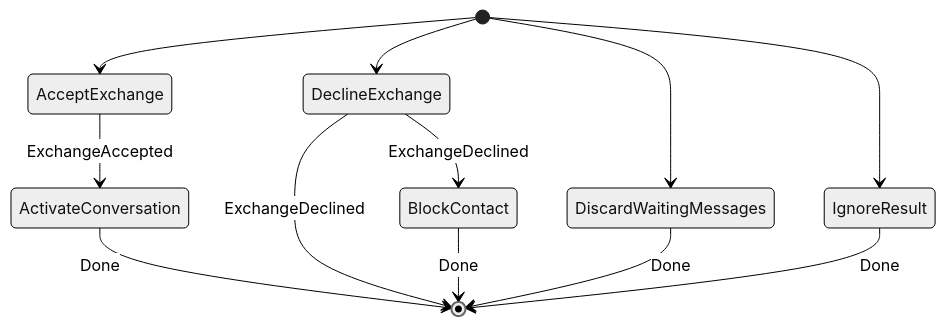
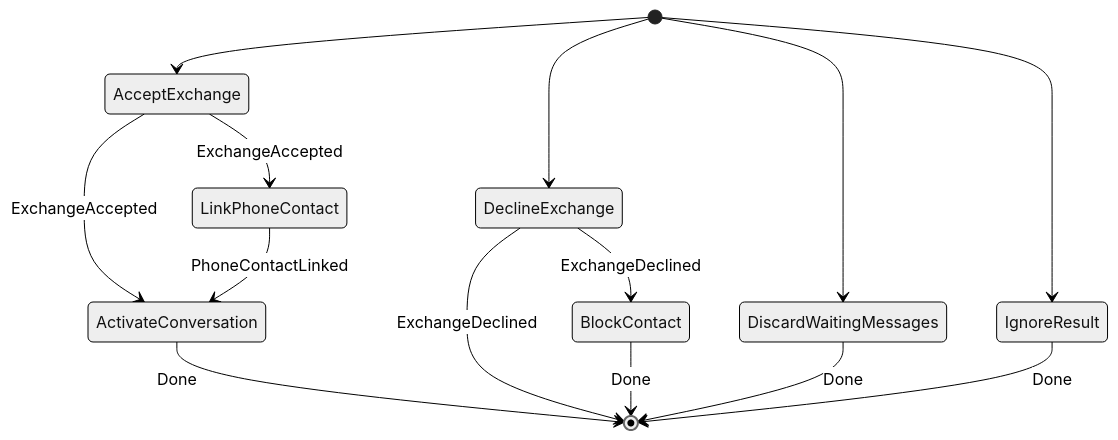
Diagram 12 of 14 in docs/architecture/workflows/lifecycle.md (cbgm/Sparrow), drawn with Mermaid (neutral theme) before and after one commit. The commit also changed other lines of this file and 52 other files, not shown here.

Commit message:
Fix never filing an invite under a contact by its claimed phone number

````diff
--- a/docs/architecture/workflows/lifecycle.md
+++ b/docs/architecture/workflows/lifecycle.md
@@ -324,14 +325,16 @@
 ```mermaid
 stateDiagram-v2
     [*] --> AcceptExchange
     [*] --> DeclineExchange
     [*] --> DiscardWaitingMessages
     [*] --> IgnoreResult
     AcceptExchange --> ActivateConversation : ExchangeAccepted
+    AcceptExchange --> LinkPhoneContact : ExchangeAccepted
+    LinkPhoneContact --> ActivateConversation : PhoneContactLinked
     ActivateConversation --> [*] : Done
     DeclineExchange --> BlockContact : ExchangeDeclined
     DeclineExchange --> [*] : ExchangeDeclined
     BlockContact --> [*] : Done
     DiscardWaitingMessages --> [*] : Done
     IgnoreResult --> [*] : Done
 ```
````
